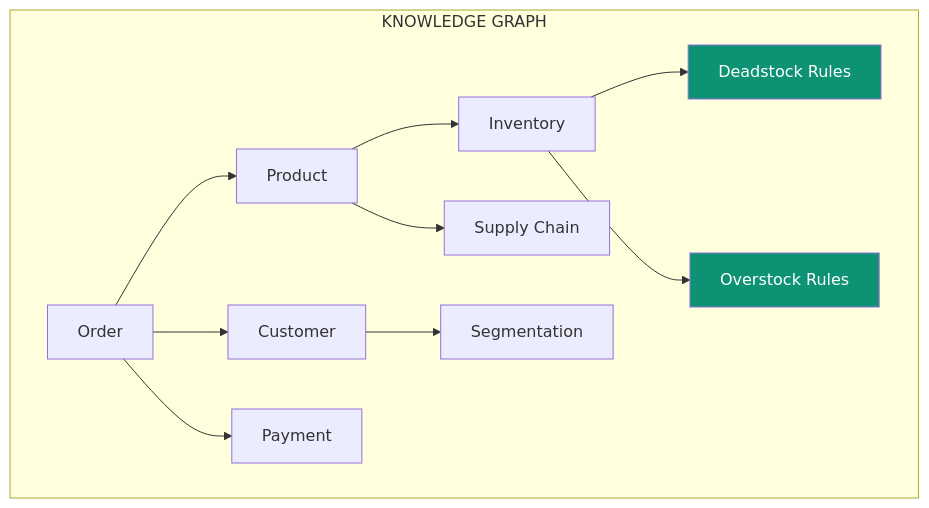
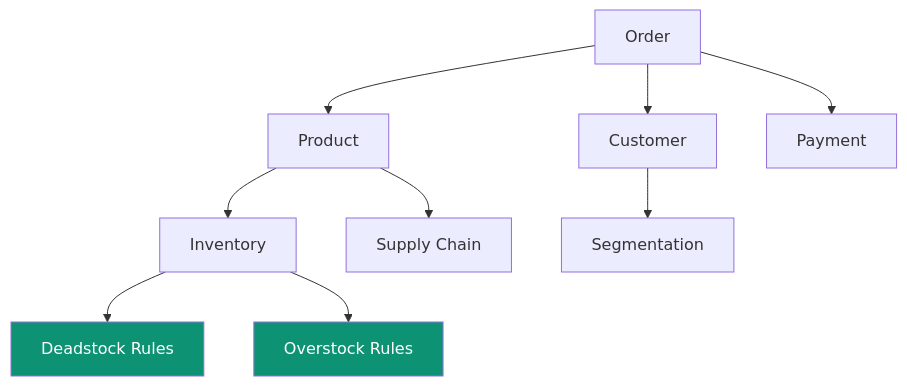
Before and after one commit to ashishsuperatom/tech-docs: the fifth of 6 diagrams in ip/tribal-knowledge.mdx, drawn with Mermaid. The commit also changed other lines of this file and 13 other files, not shown here.

First line of the commit message:
Add Superatom AI logo and fix Mermaid diagram rendering

````diff
--- a/ip/tribal-knowledge.mdx
+++ b/ip/tribal-knowledge.mdx
@@ -205,19 +191,10 @@
 ```mermaid
-flowchart TB
-    subgraph GRAPH["KNOWLEDGE GRAPH"]
-        ORDER["Order"] --> CUSTOMER["Customer"]
-        ORDER --> PRODUCT["Product"]
-        ORDER --> PAYMENT["Payment"]
-
-        PRODUCT --> INVENTORY["Inventory"]
-        PRODUCT --> SUPPLY["Supply Chain"]
-
-        CUSTOMER --> SEGMENT["Segmentation"]
-
-        INVENTORY --> DEADSTOCK["Deadstock Rules"]
-        INVENTORY --> OVERSTOCK["Overstock Rules"]
-    end
+flowchart TD
+    ORDER["Order"] --> CUSTOMER["Customer"] & PRODUCT["Product"] & PAYMENT["Payment"]
+    PRODUCT --> INVENTORY["Inventory"] & SUPPLY["Supply Chain"]
+    CUSTOMER --> SEGMENT["Segmentation"]
+    INVENTORY --> DEADSTOCK["Deadstock Rules"] & OVERSTOCK["Overstock Rules"]
 
     style DEADSTOCK fill:#0D9373,color:#fff
     style OVERSTOCK fill:#0D9373,color:#fff
 ```
````
